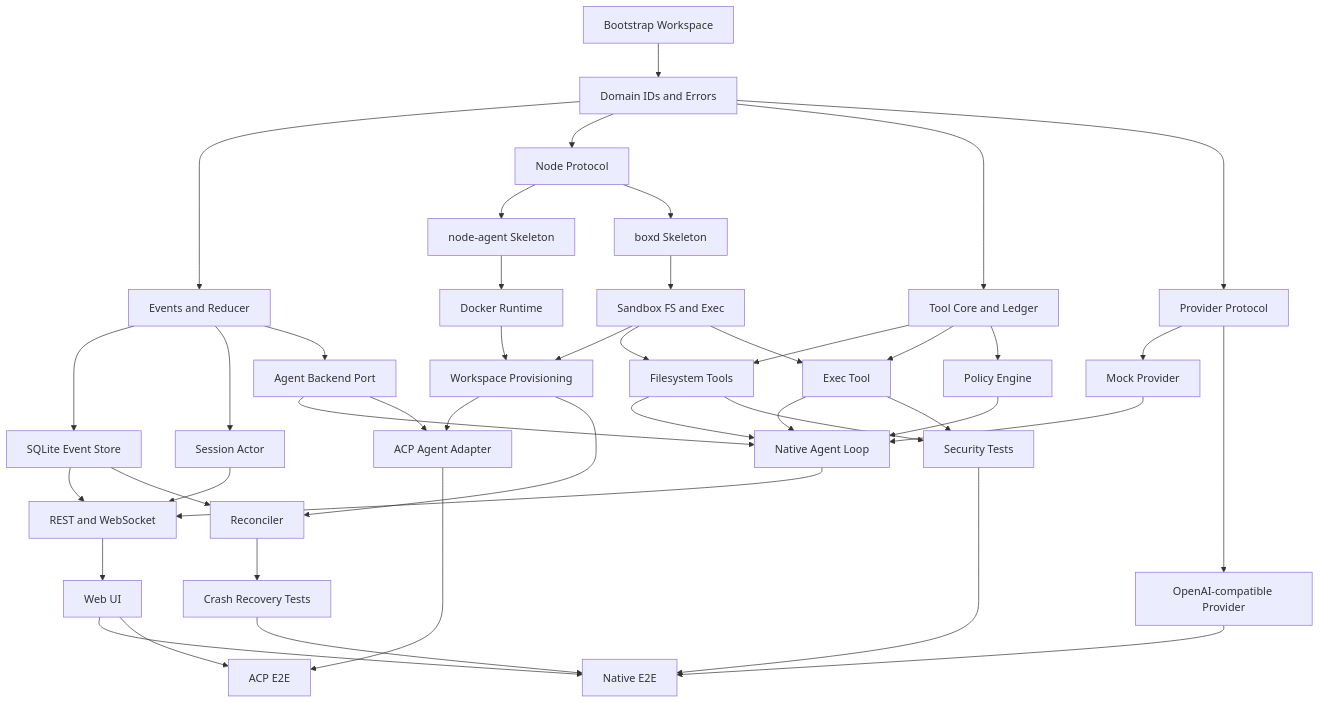
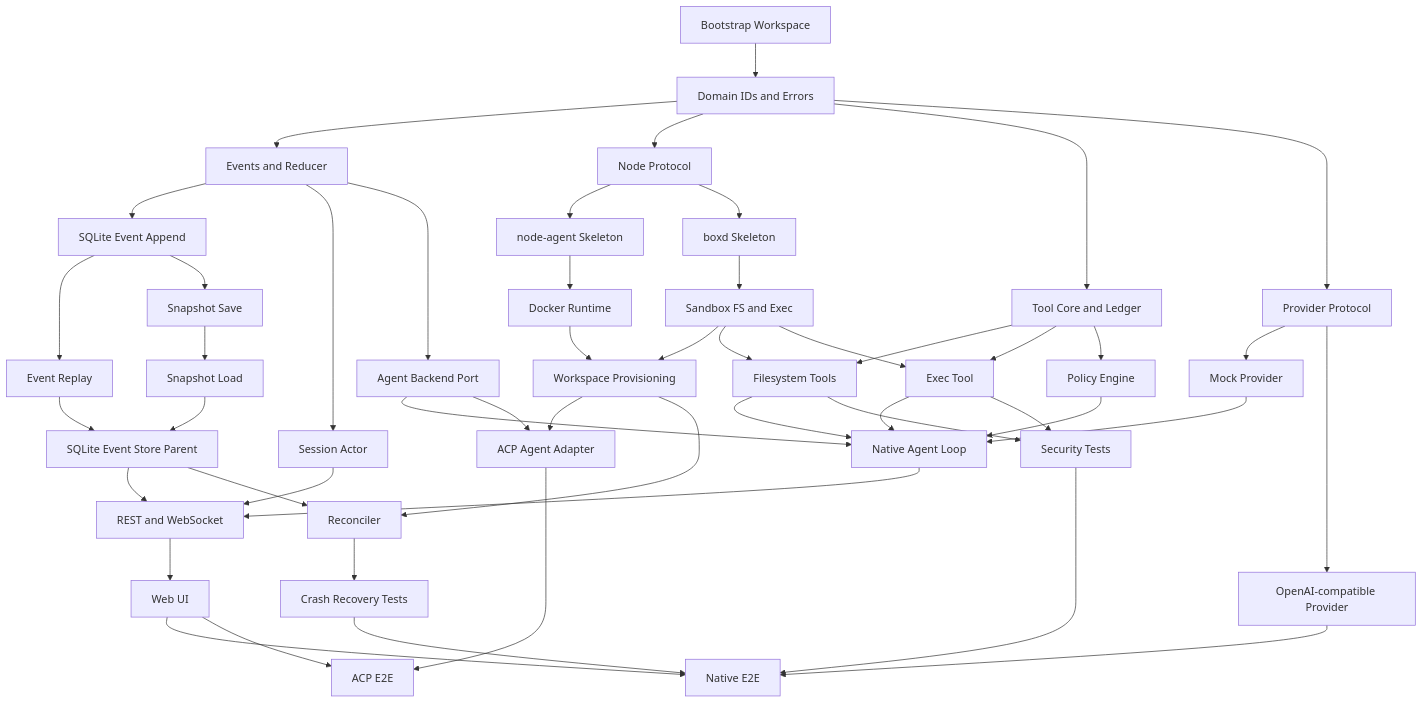
Before and after one commit to fallrising/fanzloud: the fourth of 4 diagrams in docs/TD.md, drawn with Mermaid. The commit also changed other lines of this file and 18 other files, not shown here.

Commit message:
feat: add atomic SQLite event append

````diff
--- a/docs/TD.md
+++ b/docs/TD.md
@@ -1661,57 +1663,62 @@
 ```mermaid
 flowchart TD
     T000[Bootstrap Workspace] --> T010[Domain IDs and Errors]
     T010 --> T020[Events and Reducer]
-    T020 --> T030[SQLite Event Store]
+    T020 --> T030A[SQLite Event Append]
+    T030A --> T030B[Event Replay]
+    T030A --> T030D[Snapshot Save]
+    T030D --> T030C[Snapshot Load]
+    T030B --> T030[SQLite Event Store Parent]
+    T030C --> T030
     T020 --> T040[Session Actor]
 
     T010 --> T050[Node Protocol]
     T050 --> T060[node-agent Skeleton]
     T050 --> T070[boxd Skeleton]
     T060 --> T080[Docker Runtime]
     T070 --> T090[Sandbox FS and Exec]
     T080 --> T100[Workspace Provisioning]
     T090 --> T100
 
     T010 --> T110[Tool Core and Ledger]
     T090 --> T120[Filesystem Tools]
     T090 --> T130[Exec Tool]
     T110 --> T120
     T110 --> T130
 
     T110 --> T140[Policy Engine]
 
     T010 --> T150[Provider Protocol]
     T150 --> T160[Mock Provider]
     T150 --> T170[OpenAI-compatible Provider]
 
     T020 --> T180[Agent Backend Port]
     T120 --> T190[Native Agent Loop]
     T130 --> T190
     T140 --> T190
     T160 --> T190
     T180 --> T190
 
     T030 --> T200[REST and WebSocket]
     T040 --> T200
     T190 --> T200
 
     T100 --> T210[ACP Agent Adapter]
     T180 --> T210
 
     T200 --> T220[Web UI]
     T030 --> T230[Reconciler]
     T100 --> T230
 
     T120 --> T240[Security Tests]
     T130 --> T240
     T230 --> T250[Crash Recovery Tests]
 
     T170 --> T260[Native E2E]
     T220 --> T260
     T240 --> T260
     T250 --> T260
 
     T210 --> T270[ACP E2E]
     T220 --> T270
 ```
````
